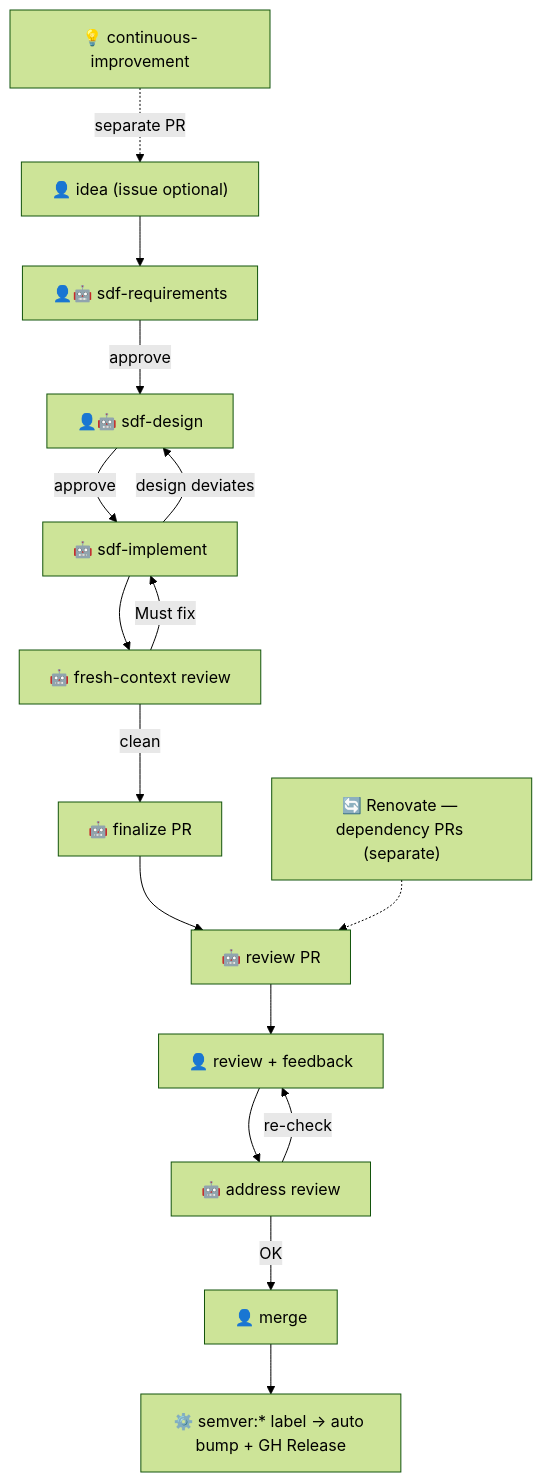
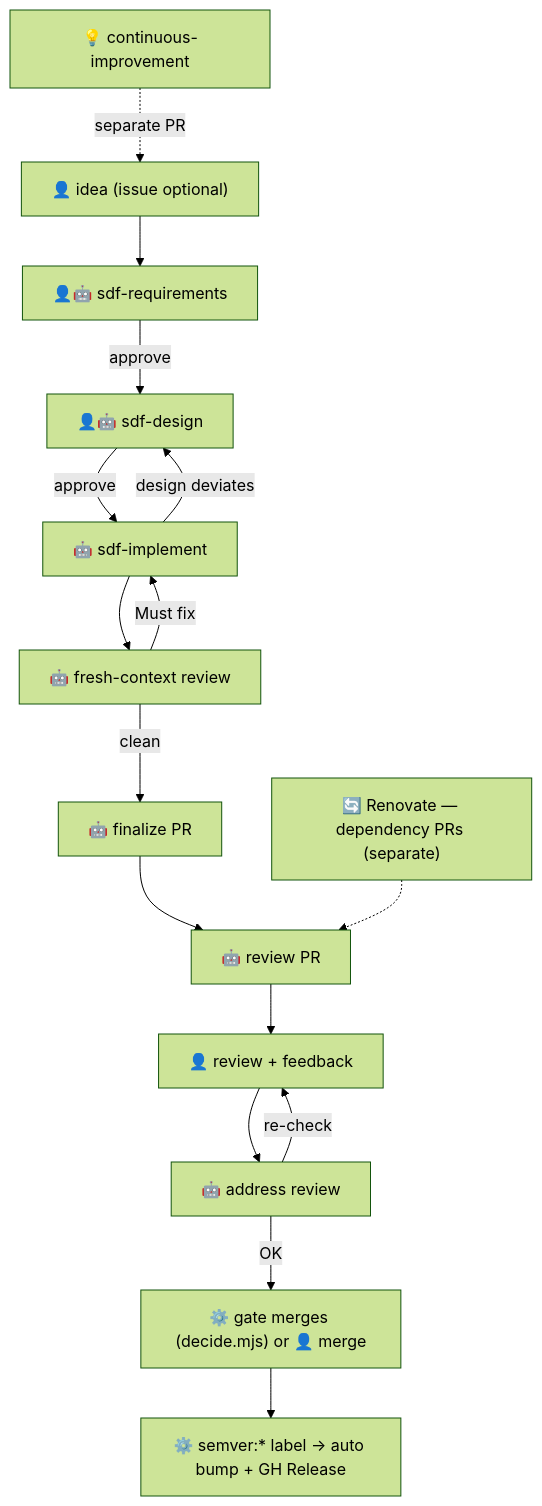
Before and after one commit to syakoo/syakoo-lab: the diagram in .claude/rules/ai-workflow.md, drawn with Mermaid (forest theme). The commit also changed other lines of this file and 1 other file, not shown here.

First line of the commit message:
docs(rules): describe the maintainer gate in ai-workflow and the inventory (Slice 7)

````diff
--- a/.claude/rules/ai-workflow.md
+++ b/.claude/rules/ai-workflow.md
@@ -15,18 +15,18 @@
 ```mermaid
 flowchart TD
   A["👤 idea (issue optional)"] --> R["👤🤖 sdf-requirements"]
   R -->|"approve"| D["👤🤖 sdf-design"]
   D -->|"approve"| I["🤖 sdf-implement"]
   I -->|"design deviates"| D
   I --> V["🤖 fresh-context review"]
   V -->|"Must fix"| I
   V -->|"clean"| P["🤖 finalize PR"]
   P --> E["🤖 review PR"]
   E --> F["👤 review + feedback"]
   F --> G["🤖 address review"]
   G -->|"re-check"| F
-  G -->|"OK"| H["👤 merge"]
+  G -->|"OK"| H["⚙️ gate merges (decide.mjs) or 👤 merge"]
   H --> J["⚙️ semver:* label → auto bump + GH Release"]
   L["💡 continuous-improvement"] -.separate PR.-> A
   N["🔄 Renovate — dependency PRs (separate)"] -.-> E
 ```
````
